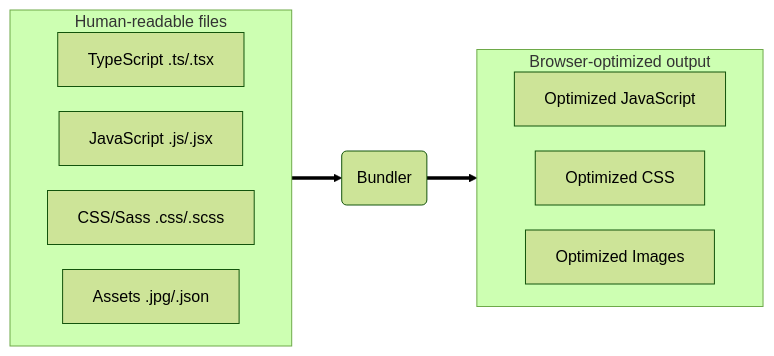
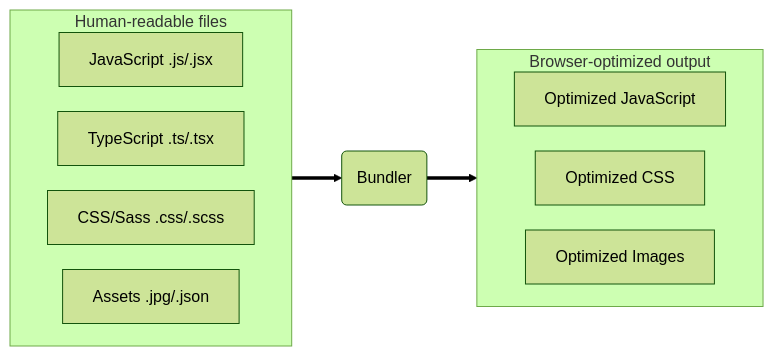
Before and after one commit to maxpatiiuk/esri-dev-summit-presentations: the diagram in 2026/build-tooling/slides.md, drawn with Mermaid (forest theme). The commit also changed other lines of this file and 10 other files, not shown here.

````diff
--- a/2026/build-tooling/slides.md
+++ b/2026/build-tooling/slides.md
@@ -43,23 +43,23 @@
 ```mermaid
 %%{init: {'flowchart': {'nodeSpacing': 25 }}}%%
 
 graph LR
   subgraph human_files["Human-readable files"]
     direction LR
+    JS[JavaScript .js/.jsx]
     TS[TypeScript .ts/.tsx]
-    JS[JavaScript .js/.jsx]
     CSS[CSS/Sass .css/.scss]
     IMG[Assets .jpg/.json]
   end
 
   Bundler("Bundler")
 
   subgraph optimized_output["Browser-optimized output"]
     direction LR
     O_JS[Optimized JavaScript]
     O_CSS[Optimized CSS]
     O_IMG[Optimized Images]
   end
 
   human_files ==> Bundler ==> optimized_output
 ```
````
